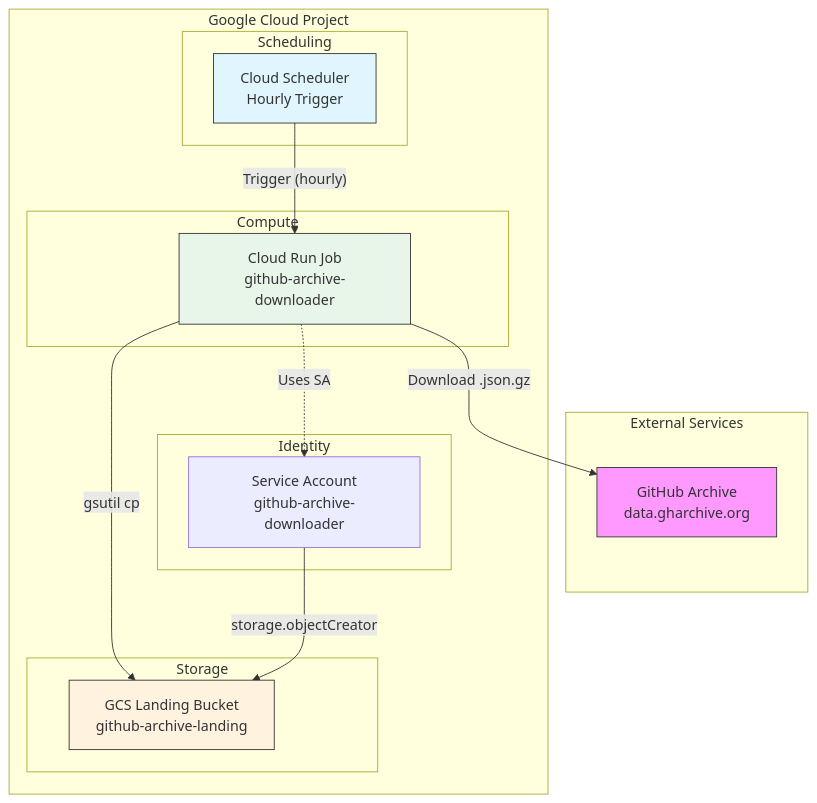
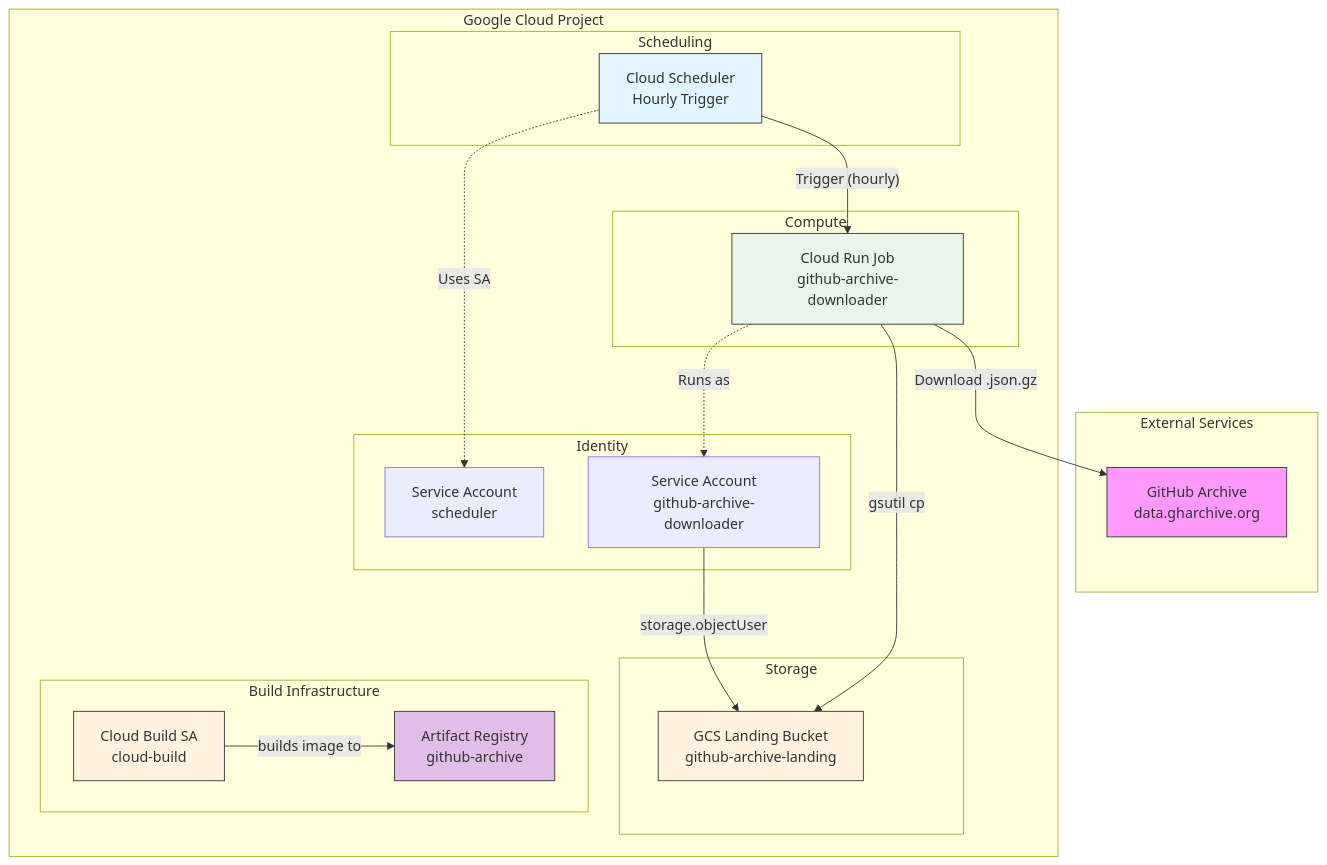
Before and after one commit to prateekpanjla-outlook/gcp_data_proc: the first of 2 diagrams in design/github_archive/phase1_ingestion/Phase_1_Design.md, drawn with Mermaid. The commit also changed other lines of this file and 26 other files, not shown here.

````diff
--- a/design/github_archive/phase1_ingestion/Phase_1_Design.md
+++ b/design/github_archive/phase1_ingestion/Phase_1_Design.md
@@ -9,35 +9,45 @@
 ```mermaid
-flowchart TB
+graph TB
     subgraph External["External Services"]
-        GHA[GitHub Archive<br/>data.gharchive.org]
+        GHA[GitHub Archive<br>data.gharchive.org]
     end
 
     subgraph GCP["Google Cloud Project"]
         subgraph Trigger["Scheduling"]
-            CS[Cloud Scheduler<br/>Hourly Trigger]
+            CS[Cloud Scheduler<br>Hourly Trigger]
         end
 
         subgraph Compute["Compute"]
-            CRJ[Cloud Run Job<br/>github-archive-downloader]
+            CRJ[Cloud Run Job<br>github-archive-downloader]
         end
 
         subgraph Storage["Storage"]
-            LB[GCS Landing Bucket<br/>github-archive-landing]
+            LB[GCS Landing Bucket<br>github-archive-landing]
+        end
+
+        subgraph Build["Build Infrastructure"]
+            AR[Artifact Registry<br>github-archive]
+            CBSA[Cloud Build SA<br>cloud-build]
         end
 
         subgraph IAM["Identity"]
-            SA[Service Account<br/>github-archive-downloader]
+            SA[Service Account<br>github-archive-downloader]
+            SCHED_SA[Service Account<br>scheduler]
         end
     end
 
     CS -->|"Trigger (hourly)"| CRJ
     CRJ -->|"Download .json.gz"| GHA
     CRJ -->|"gsutil cp"| LB
-    CRJ -.->|"Uses SA"| SA
-    SA -->|"storage.objectCreator"| LB
+    CRJ -.->|"Runs as"| SA
+    SA -->|"storage.objectUser"| LB
+    CBSA -->|"builds image to"| AR
+    CS -.->|"Uses SA"| SCHED_SA
 
     style GHA fill:#f9f,stroke:#333
     style CS fill:#e1f5fe,stroke:#333
     style CRJ fill:#e8f5e9,stroke:#333
     style LB fill:#fff3e0,stroke:#333
+    style AR fill:#e1bee7,stroke:#333
+    style CBSA fill:#fff3e0,stroke:#333
 ```
````
